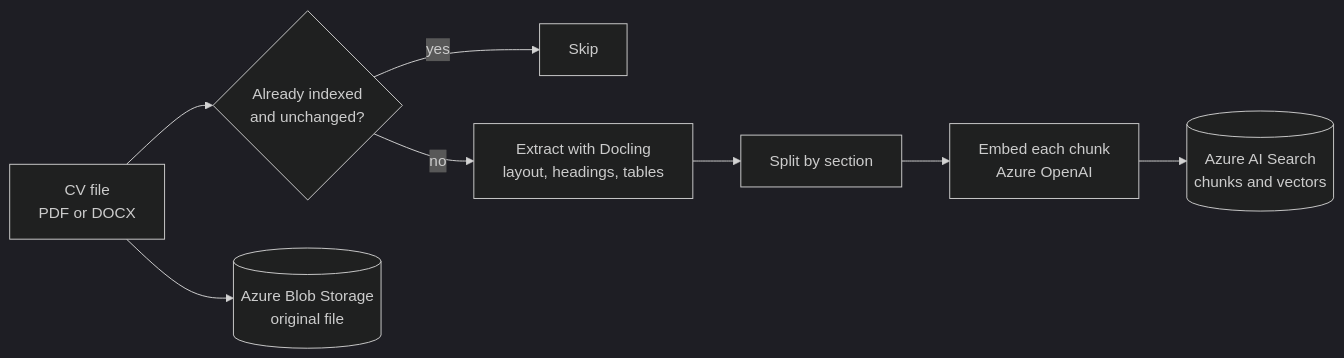
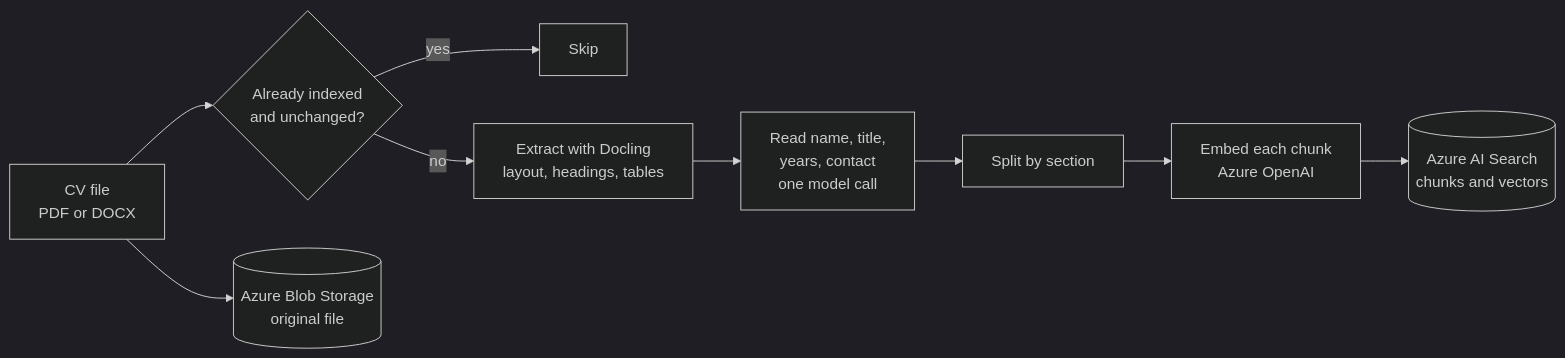
The first of 3 diagrams in README.md (sherif2004/chat-with-cv), drawn with Mermaid (dark theme) before and after one commit. The commit also changed other lines of this file and 7 other files, not shown here.

Commit message:
Add CV metadata and search boosts: read name, title, years and contact once per CV, store them on every chunk, weight them in a scoring profile with a section boost, and list them for the agent

````diff
--- a/README.md
+++ b/README.md
@@ -58,10 +58,11 @@
 ```mermaid
 flowchart LR
     A["CV file<br/>PDF or DOCX"] --> H{"Already indexed<br/>and unchanged?"}
     H -- yes --> Z["Skip"]
     H -- no --> B["Extract with Docling<br/>layout, headings, tables"]
-    B --> C["Split by section"]
+    B --> M["Read name, title,<br/>years, contact<br/>one model call"]
+    M --> C["Split by section"]
     C --> D["Embed each chunk<br/>Azure OpenAI"]
     D --> E[("Azure AI Search<br/>chunks and vectors")]
     A --> F[("Azure Blob Storage<br/>original file")]
 ```
````
